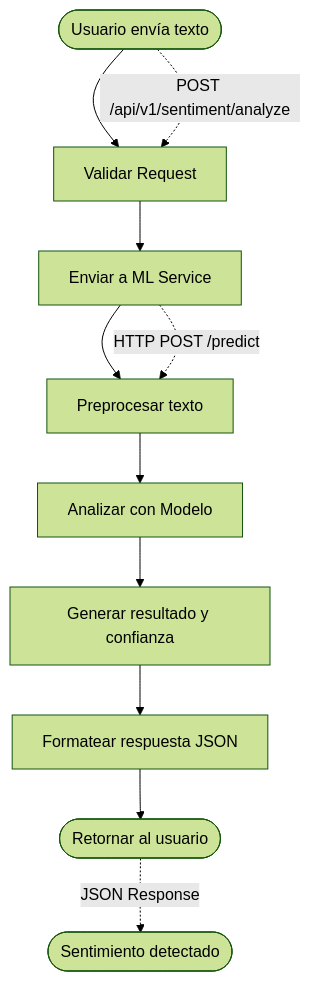
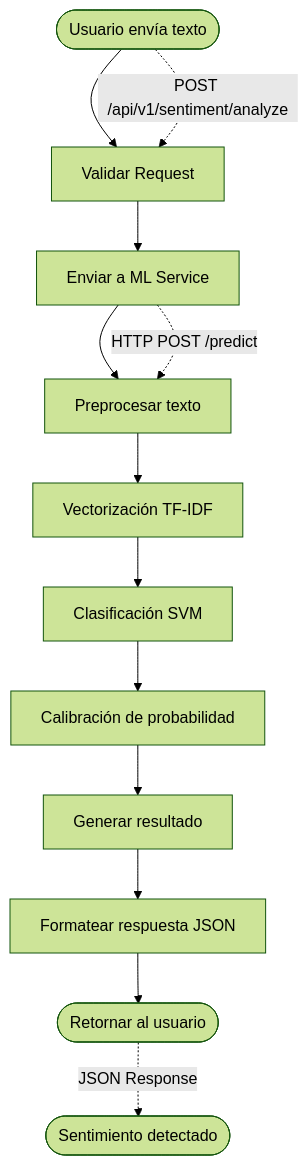
The second of 3 diagrams in README.md (ml-punto-tech/sentiment-api), drawn with Mermaid (forest theme) before and after one commit. The commit also changed other lines of this file, not shown here.

````diff
--- a/README.md
+++ b/README.md
@@ -167,14 +192,16 @@
 ```mermaid
 flowchart TB
     Start([Usuario envía texto]) --> Validate[Validar Request]
     Validate --> SendML[Enviar a ML Service]
     SendML --> Preprocess[Preprocesar texto]
-    Preprocess --> Analyze[Analizar con Modelo]
-    Analyze --> Result[Generar resultado y confianza]
+    Preprocess --> Vectorize[Vectorización TF-IDF]
+    Vectorize --> Analyze[Clasificación SVM]
+    Analyze --> Calibrate[Calibración de probabilidad]
+    Calibrate --> Result[Generar resultado]
     Result --> Format[Formatear respuesta JSON]
     Format --> Return([Retornar al usuario])
     
     Start -.->|POST /api/v1/sentiment/analyze| Validate
     SendML -.->|HTTP POST /predict| Preprocess
     Return -.->|JSON Response| End([Sentimiento detectado])
 ```
````
